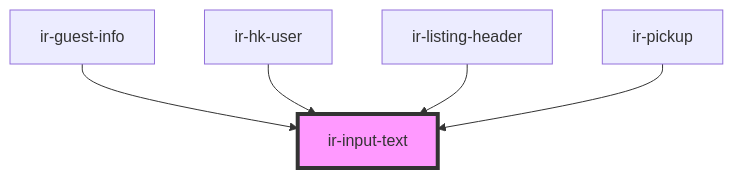
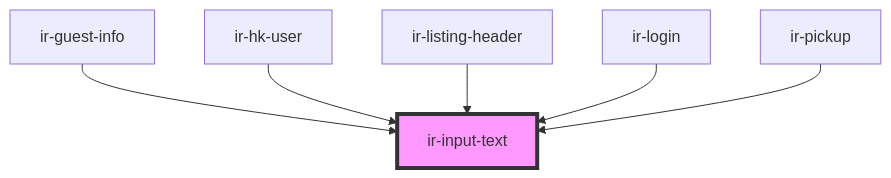
Before and after one commit to David1Chowaifaty/modified-ir-webcmp: the diagram in src/components/ir-input-text/readme.md, drawn with Mermaid. The commit also changed other lines of this file and 26 other files, not shown here.

````diff
--- a/src/components/ir-input-text/readme.md
+++ b/src/components/ir-input-text/readme.md
@@ -53,8 +54,9 @@
 ```mermaid
 graph TD;
   ir-guest-info --> ir-input-text
   ir-hk-user --> ir-input-text
   ir-listing-header --> ir-input-text
+  ir-login --> ir-input-text
   ir-pickup --> ir-input-text
   style ir-input-text fill:#f9f,stroke:#333,stroke-width:4px
 ```
````
